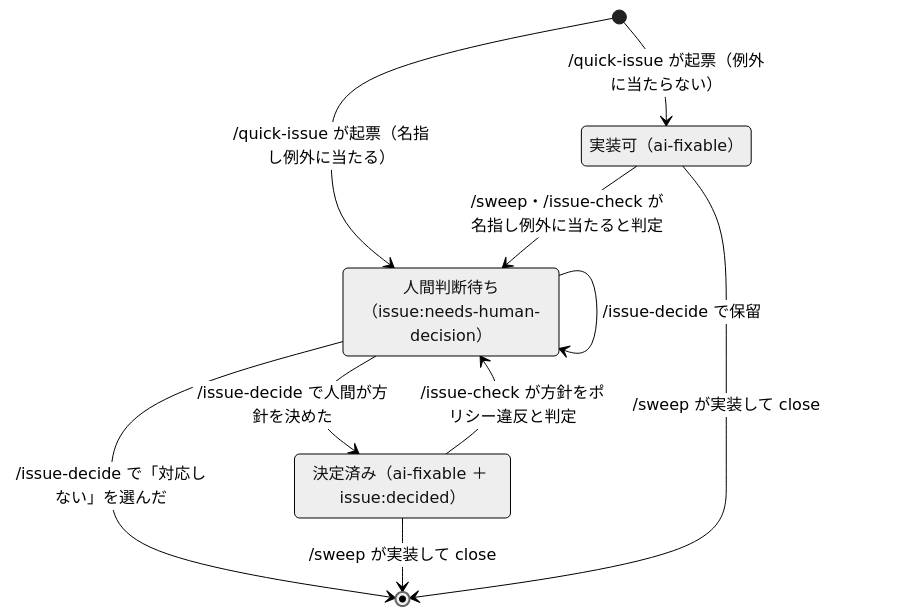
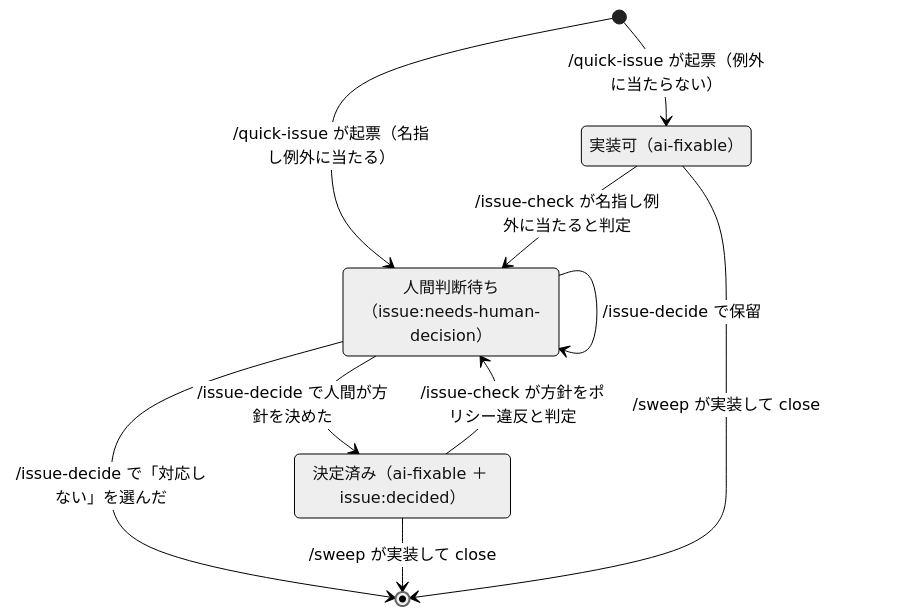
Before and after one commit to kasiopeiya/claude-dev-template: the diagram in .claude/skills/issue-decide/SKILL.md, drawn with Mermaid (neutral theme). The commit also changed other lines of this file and 1 other file, not shown here.

First line of the commit message:
docs: /sweep から着手可否の裁定を削除 (#280)

````diff
--- a/.claude/skills/issue-decide/SKILL.md
+++ b/.claude/skills/issue-decide/SKILL.md
@@ -15,16 +15,16 @@
 ```mermaid
 stateDiagram-v2
     state "人間判断待ち（issue:needs-human-decision）" as Pending
     state "実装可（ai-fixable）" as Fixable
     state "決定済み（ai-fixable ＋ issue:decided）" as Decided
 
     [*] --> Pending: /quick-issue が起票（名指し例外に当たる）
     [*] --> Fixable: /quick-issue が起票（例外に当たらない）
     Pending --> Decided: /issue-decide で人間が方針を決めた
     Pending --> Pending: /issue-decide で保留
     Pending --> [*]: /issue-decide で「対応しない」を選んだ
-    Fixable --> Pending: /sweep・/issue-check が名指し例外に当たると判定
+    Fixable --> Pending: /issue-check が名指し例外に当たると判定
     Decided --> Pending: /issue-check が方針をポリシー違反と判定
     Decided --> [*]: /sweep が実装して close
     Fixable --> [*]: /sweep が実装して close
 ```
````
